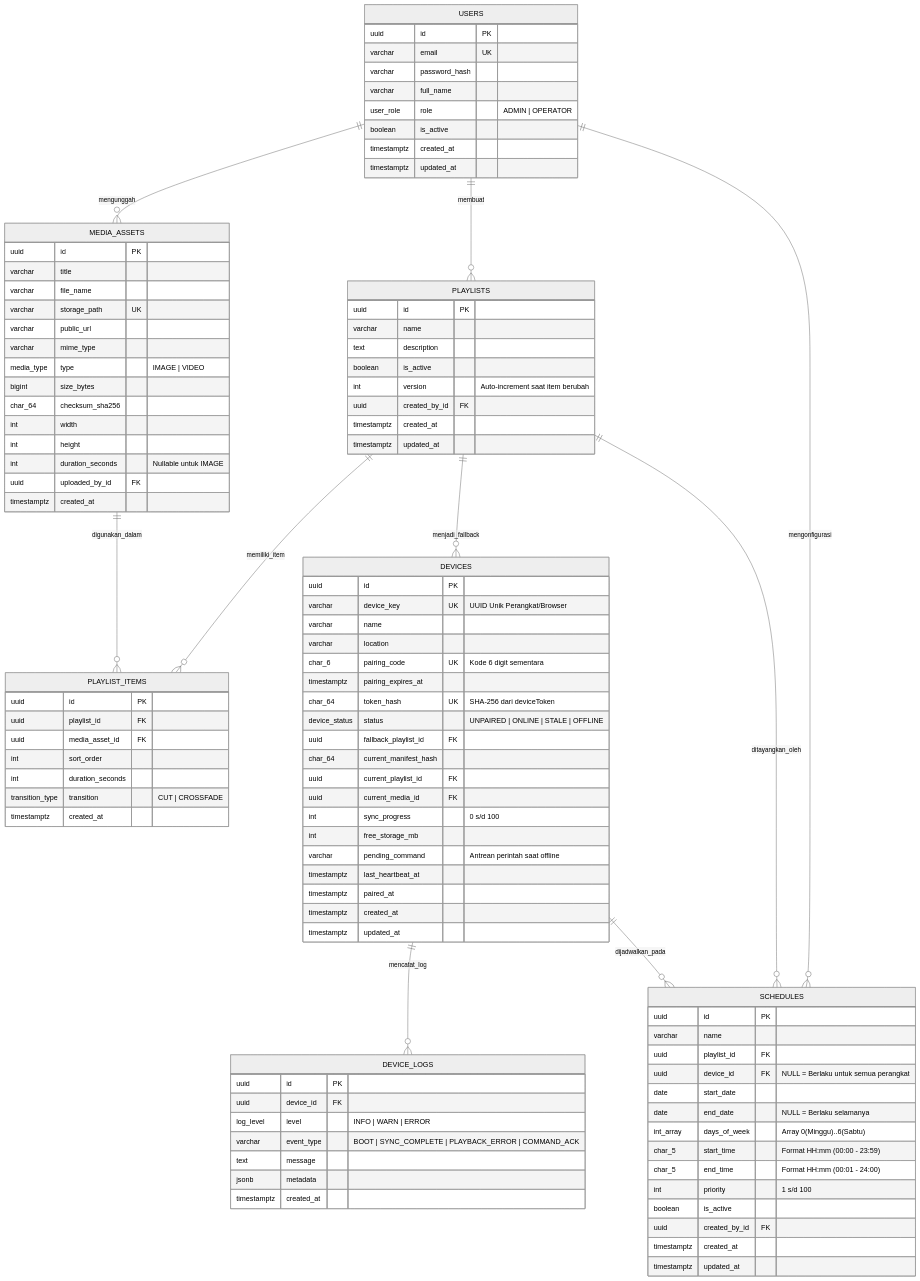
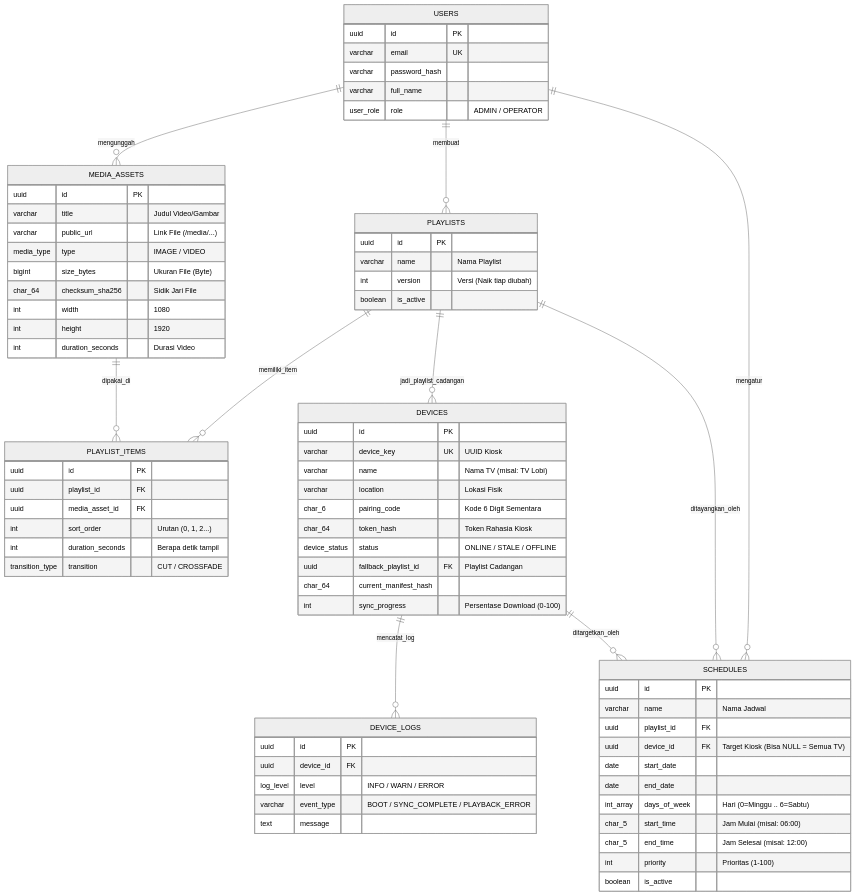
One commit to ibnu-anjang/SignaFlow changed the diagram in docs/04-DATABASE-ERD.md. Above: the diagram before and after it, drawn with Mermaid (neutral theme). The commit also changed other lines of this file and 9 other files, not shown here.

````diff
--- a/docs/04-DATABASE-ERD.md
+++ b/docs/04-DATABASE-ERD.md
@@ -14,12 +12,12 @@
 erDiagram
     USERS ||--o{ MEDIA_ASSETS : "mengunggah"
     USERS ||--o{ PLAYLISTS : "membuat"
-    USERS ||--o{ SCHEDULES : "mengonfigurasi"
+    USERS ||--o{ SCHEDULES : "mengatur"
     PLAYLISTS ||--o{ PLAYLIST_ITEMS : "memiliki_item"
-    MEDIA_ASSETS ||--o{ PLAYLIST_ITEMS : "digunakan_dalam"
-    PLAYLISTS ||--o{ DEVICES : "menjadi_fallback"
+    MEDIA_ASSETS ||--o{ PLAYLIST_ITEMS : "dipakai_di"
+    PLAYLISTS ||--o{ DEVICES : "jadi_playlist_cadangan"
     PLAYLISTS ||--o{ SCHEDULES : "ditayangkan_oleh"
-    DEVICES ||--o{ SCHEDULES : "dijadwalkan_pada"
+    DEVICES ||--o{ SCHEDULES : "ditargetkan_oleh"
     DEVICES ||--o{ DEVICE_LOGS : "mencatat_log"
 
     USERS {
@@ -27,96 +25,69 @@
         varchar email UK
         varchar password_hash
         varchar full_name
-        user_role role "ADMIN | OPERATOR"
-        boolean is_active
-        timestamptz created_at
-        timestamptz updated_at
+        user_role role "ADMIN / OPERATOR"
     }
 
     MEDIA_ASSETS {
         uuid id PK
-        varchar title
-        varchar file_name
-        varchar storage_path UK
-        varchar public_url
-        varchar mime_type
-        media_type type "IMAGE | VIDEO"
-        bigint size_bytes
-        char_64 checksum_sha256
-        int width
-        int height
-        int duration_seconds "Nullable untuk IMAGE"
-        uuid uploaded_by_id FK
-        timestamptz created_at
+        varchar title "Judul Video/Gambar"
+        varchar public_url "Link File (/media/...)"
+        media_type type "IMAGE / VIDEO"
+        bigint size_bytes "Ukuran File (Byte)"
+        char_64 checksum_sha256 "Sidik Jari File"
+        int width "1080"
+        int height "1920"
+        int duration_seconds "Durasi Video"
     }
 
     PLAYLISTS {
         uuid id PK
-        varchar name
-        text description
+        varchar name "Nama Playlist"
+        int version "Versi (Naik tiap diubah)"
         boolean is_active
-        int version "Auto-increment saat item berubah"
-        uuid created_by_id FK
-        timestamptz created_at
-        timestamptz updated_at
     }
 
     PLAYLIST_ITEMS {
         uuid id PK
         uuid playlist_id FK
         uuid media_asset_id FK
-        int sort_order
-        int duration_seconds
-        transition_type transition "CUT | CROSSFADE"
-        timestamptz created_at
+        int sort_order "Urutan (0, 1, 2...)"
+        int duration_seconds "Berapa detik tampil"
+        transition_type transition "CUT / CROSSFADE"
     }
 
     DEVICES {
         uuid id PK
-        varchar device_key UK "UUID Unik Perangkat/Browser"
-        varchar name
-        varchar location
-        char_6 pairing_code UK "Kode 6 digit sementara"
-        timestamptz pairing_expires_at
-        char_64 token_hash UK "SHA-256 dari deviceToken"
-        device_status status "UNPAIRED | ONLINE | STALE | OFFLINE"
-        uuid fallback_playlist_id FK
+        varchar device_key UK "UUID Kiosk"
+        varchar name "Nama TV (misal: TV Lobi)"
+        varchar location "Lokasi Fisik"
+        char_6 pairing_code "Kode 6 Digit Sementara"
+        char_64 token_hash "Token Rahasia Kiosk"
+        device_status status "ONLINE / STALE / OFFLINE"
+        uuid fallback_playlist_id FK "Playlist Cadangan"
         char_64 current_manifest_hash
-        uuid current_playlist_id FK
-        uuid current_media_id FK
-        int sync_progress "0 s/d 100"
-        int free_storage_mb
-        varchar pending_command "Antrean perintah saat offline"
-        timestamptz last_heartbeat_at
-        timestamptz paired_at
-        timestamptz created_at
-        timestamptz updated_at
+        int sync_progress "Persentase Download (0-100)"
     }
 
     SCHEDULES {
         uuid id PK
-        varchar name
+        varchar name "Nama Jadwal"
         uuid playlist_id FK
-        uuid device_id FK "NULL = Berlaku untuk semua perangkat"
+        uuid device_id FK "Target Kiosk (Bisa NULL = Semua TV)"
         date start_date
-        date end_date "NULL = Berlaku selamanya"
-        int_array days_of_week "Array 0(Minggu)..6(Sabtu)"
-        char_5 start_time "Format HH:mm (00:00 - 23:59)"
-        char_5 end_time "Format HH:mm (00:01 - 24:00)"
-        int priority "1 s/d 100"
+        date end_date
+        int_array days_of_week "Hari (0=Minggu .. 6=Sabtu)"
+        char_5 start_time "Jam Mulai (misal: 06:00)"
+        char_5 end_time "Jam Selesai (misal: 12:00)"
+        int priority "Prioritas (1-100)"
         boolean is_active
-        uuid created_by_id FK
-        timestamptz created_at
-        timestamptz updated_at
     }
 
     DEVICE_LOGS {
         uuid id PK
         uuid device_id FK
-        log_level level "INFO | WARN | ERROR"
-        varchar event_type "BOOT | SYNC_COMPLETE | PLAYBACK_ERROR | COMMAND_ACK"
+        log_level level "INFO / WARN / ERROR"
+        varchar event_type "BOOT / SYNC_COMPLETE / PLAYBACK_ERROR"
         text message
-        jsonb metadata
-        timestamptz created_at
     }
 ```
````
